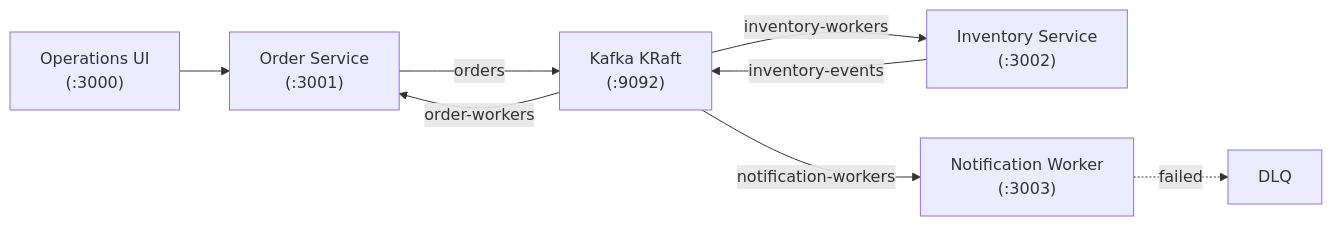
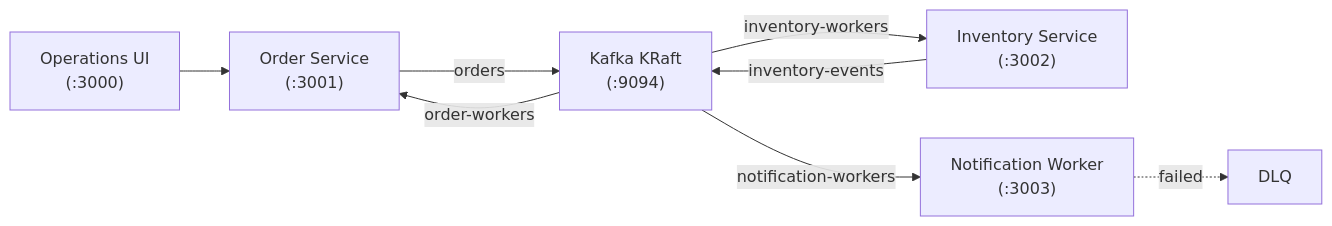
One commit to techmedaddy/streamz changed the diagram in README.md. Above: the diagram before and after it, drawn with Mermaid. The commit also changed 1 other file, not shown here.

Commit message:
docs/config: update Kafka port to 9094 in topology diagrams and documentation

````diff
--- a/README.md
+++ b/README.md
@@ -54,10 +54,10 @@
 ```mermaid
 graph LR
     UI["Operations UI<br/>(:3000)"] --> OS["Order Service<br/>(:3001)"]
-    OS -->|orders| K["Kafka KRaft<br/>(:9092)"]
+    OS -->|orders| K["Kafka KRaft<br/>(:9094)"]
     K -->|inventory-workers| IS["Inventory Service<br/>(:3002)"]
     IS -->|inventory-events| K
     K -->|order-workers| OS
     K -->|notification-workers| NW["Notification Worker<br/>(:3003)"]
     NW -.->|failed| DLQ["DLQ"]
 ```
````
